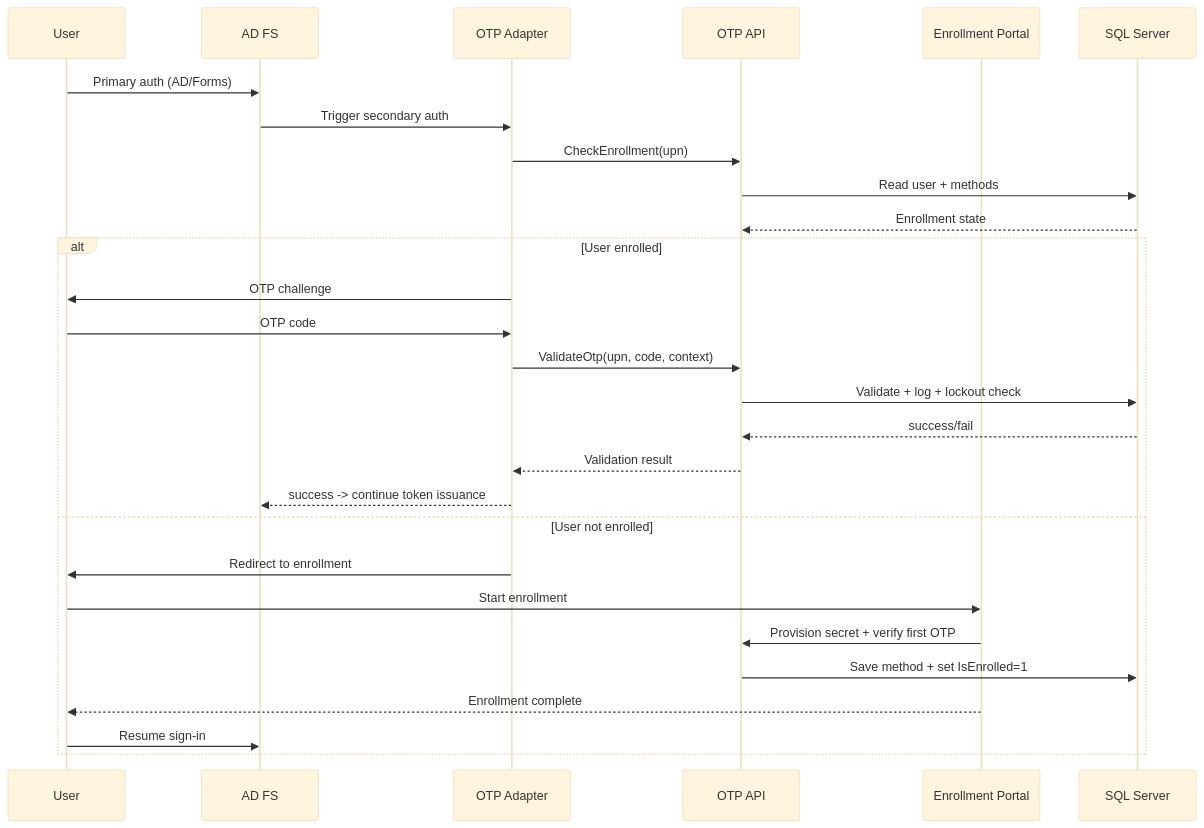
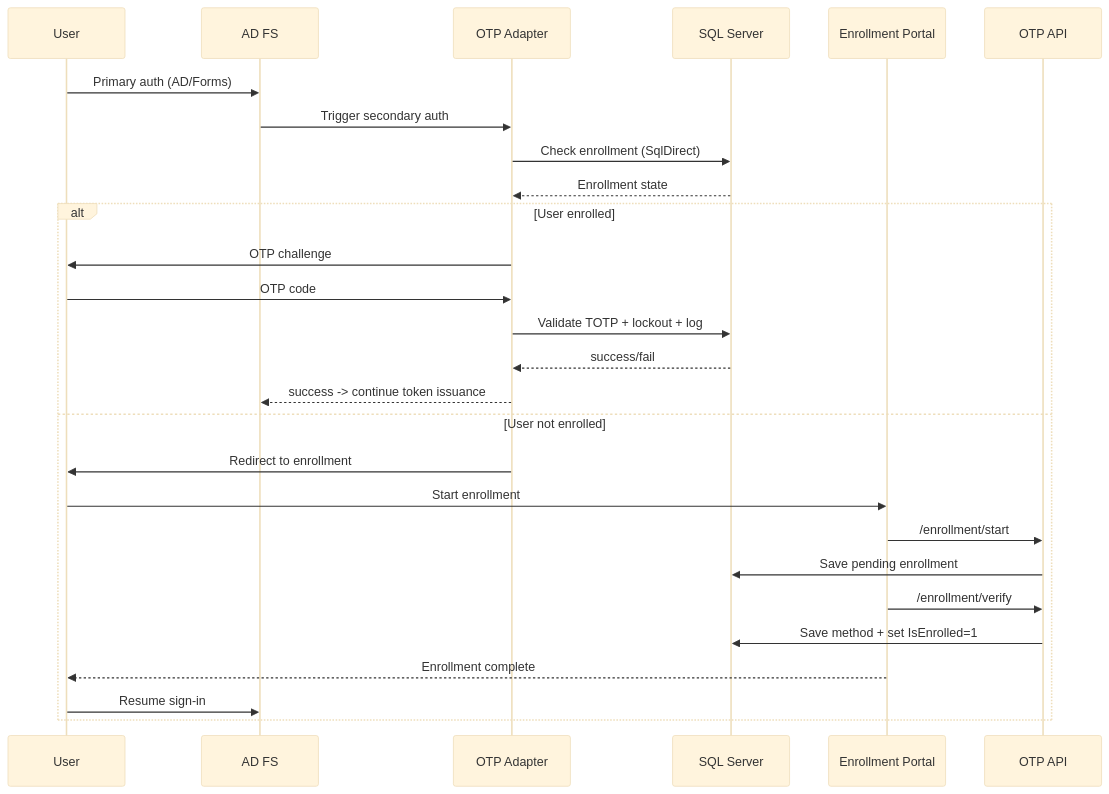
Before and after one commit to openinfraops/free-adfs-otp: the first of 3 diagrams in docs/flows.md, drawn with Mermaid (base theme). The commit also changed other lines of this file and 17 other files, not shown here.

````diff
--- a/docs/flows.md
+++ b/docs/flows.md
@@ -5,32 +5,31 @@
 ```mermaid
 sequenceDiagram
     participant U as User
     participant ADFS as AD FS
     participant ADP as OTP Adapter
+    participant SQL as SQL Server
+    participant ENR as Enrollment Portal
     participant API as OTP API
-    participant ENR as Enrollment Portal
-    participant SQL as SQL Server
 
     U->>ADFS: Primary auth (AD/Forms)
     ADFS->>ADP: Trigger secondary auth
-    ADP->>API: CheckEnrollment(upn)
-    API->>SQL: Read user + methods
-    SQL-->>API: Enrollment state
+    ADP->>SQL: Check enrollment (SqlDirect)
+    SQL-->>ADP: Enrollment state
 
     alt User enrolled
         ADP->>U: OTP challenge
         U->>ADP: OTP code
-        ADP->>API: ValidateOtp(upn, code, context)
-        API->>SQL: Validate + log + lockout check
-        SQL-->>API: success/fail
-        API-->>ADP: Validation result
+        ADP->>SQL: Validate TOTP + lockout + log
+        SQL-->>ADP: success/fail
         ADP-->>ADFS: success -> continue token issuance
     else User not enrolled
         ADP->>U: Redirect to enrollment
         U->>ENR: Start enrollment
-        ENR->>API: Provision secret + verify first OTP
+        ENR->>API: /enrollment/start
+        API->>SQL: Save pending enrollment
+        ENR->>API: /enrollment/verify
         API->>SQL: Save method + set IsEnrolled=1
         ENR-->>U: Enrollment complete
         U->>ADFS: Resume sign-in
     end
 ```
````
